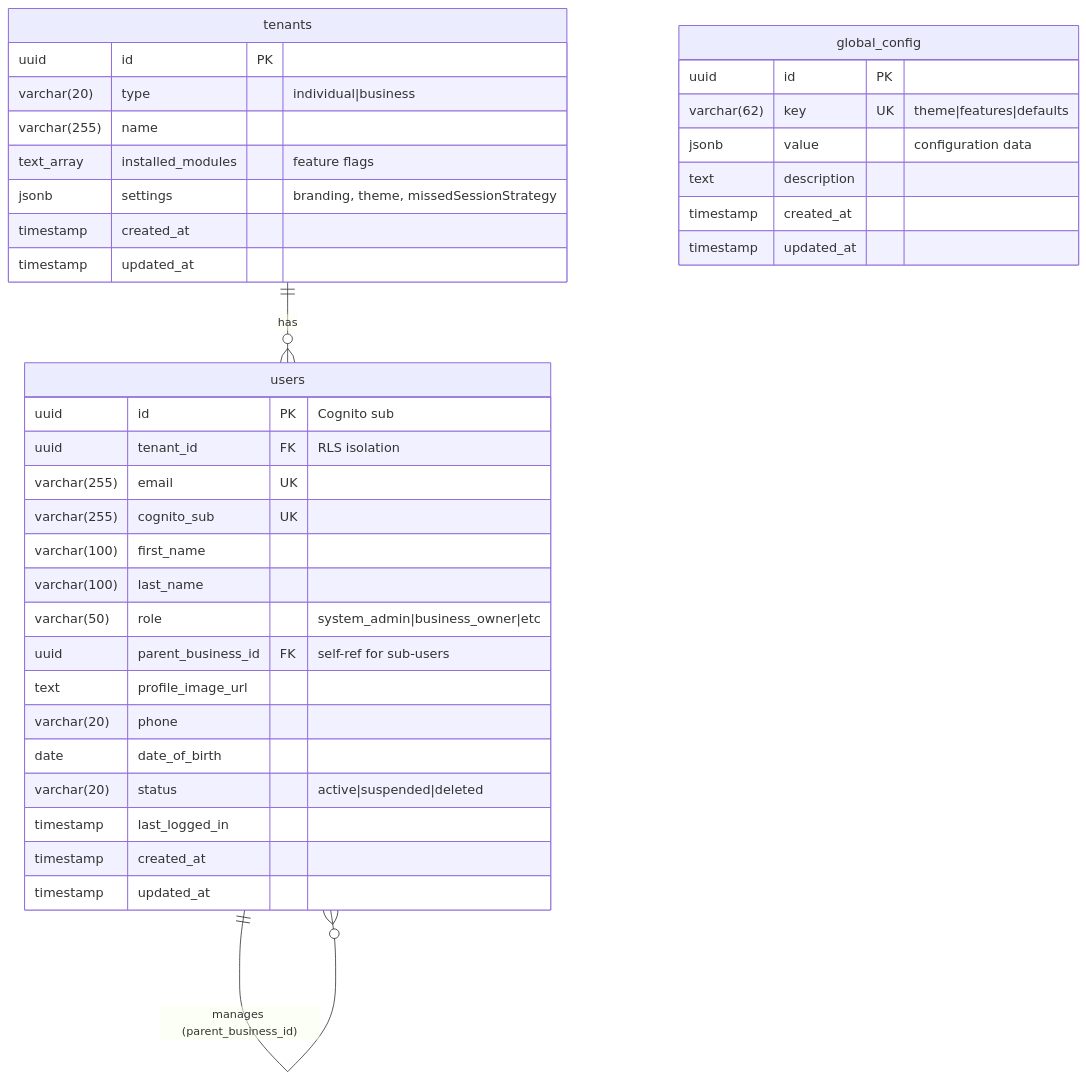
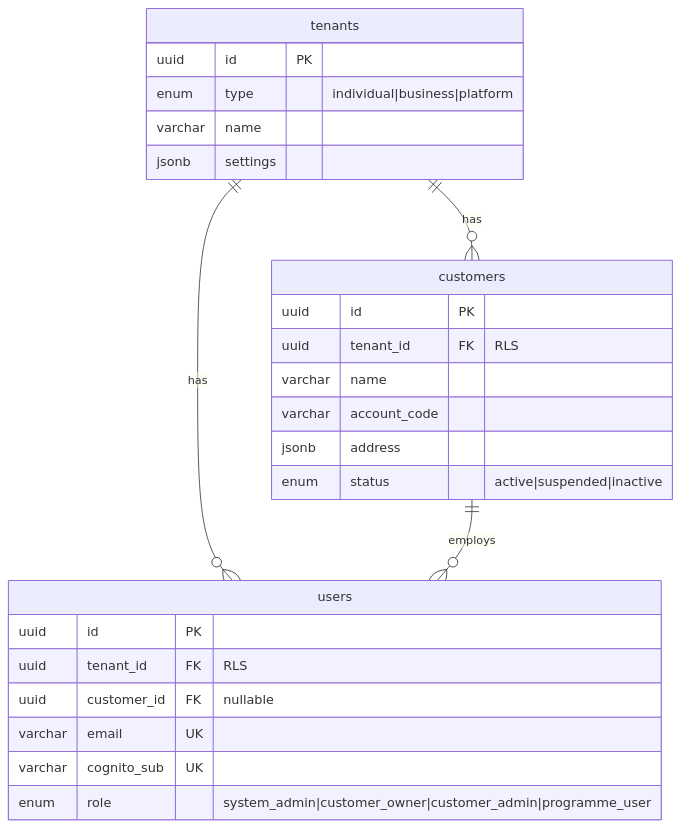
One commit to ChrisTregaskis/ffp changed the first of 3 diagrams in project-documentation/ffp_erd.md. Above: the diagram before and after it, drawn with Mermaid. The commit also changed other lines of this file and 7 other files, not shown here.

````diff
--- a/project-documentation/ffp_erd.md
+++ b/project-documentation/ffp_erd.md
@@ -18,42 +21,31 @@
 ```mermaid
 erDiagram
+    tenants ||--o{ customers : "has"
     tenants ||--o{ users : "has"
-    users ||--o{ users : "manages (parent_business_id)"
-
-    global_config {
-        uuid id PK
-        varchar(62) key UK "theme|features|defaults"
-        jsonb value "configuration data"
-        text description
-        timestamp created_at
-        timestamp updated_at
-    }
+    customers ||--o{ users : "employs"
 
     tenants {
         uuid id PK
-        varchar(20) type "individual|business"
-        varchar(255) name
-        text_array installed_modules "feature flags"
-        jsonb settings "branding, theme, missedSessionStrategy"
-        timestamp created_at
-        timestamp updated_at
+        enum type "individual|business|platform"
+        varchar name
+        jsonb settings
+    }
+
+    customers {
+        uuid id PK
+        uuid tenant_id FK "RLS"
+        varchar name
+        varchar account_code
+        jsonb address
+        enum status "active|suspended|inactive"
     }
 
     users {
-        uuid id PK "Cognito sub"
-        uuid tenant_id FK "RLS isolation"
-        varchar(255) email UK
-        varchar(255) cognito_sub UK
-        varchar(100) first_name
-        varchar(100) last_name
-        varchar(50) role "system_admin|business_owner|etc"
-        uuid parent_business_id FK "self-ref for sub-users"
-        text profile_image_url
-        varchar(20) phone
-        date date_of_birth
-        varchar(20) status "active|suspended|deleted"
-        timestamp last_logged_in
-        timestamp created_at
-        timestamp updated_at
+        uuid id PK
+        uuid tenant_id FK "RLS"
+        uuid customer_id FK "nullable"
+        varchar email UK
+        varchar cognito_sub UK
+        enum role "system_admin|customer_owner|customer_admin|programme_user"
     }
 ```
````
